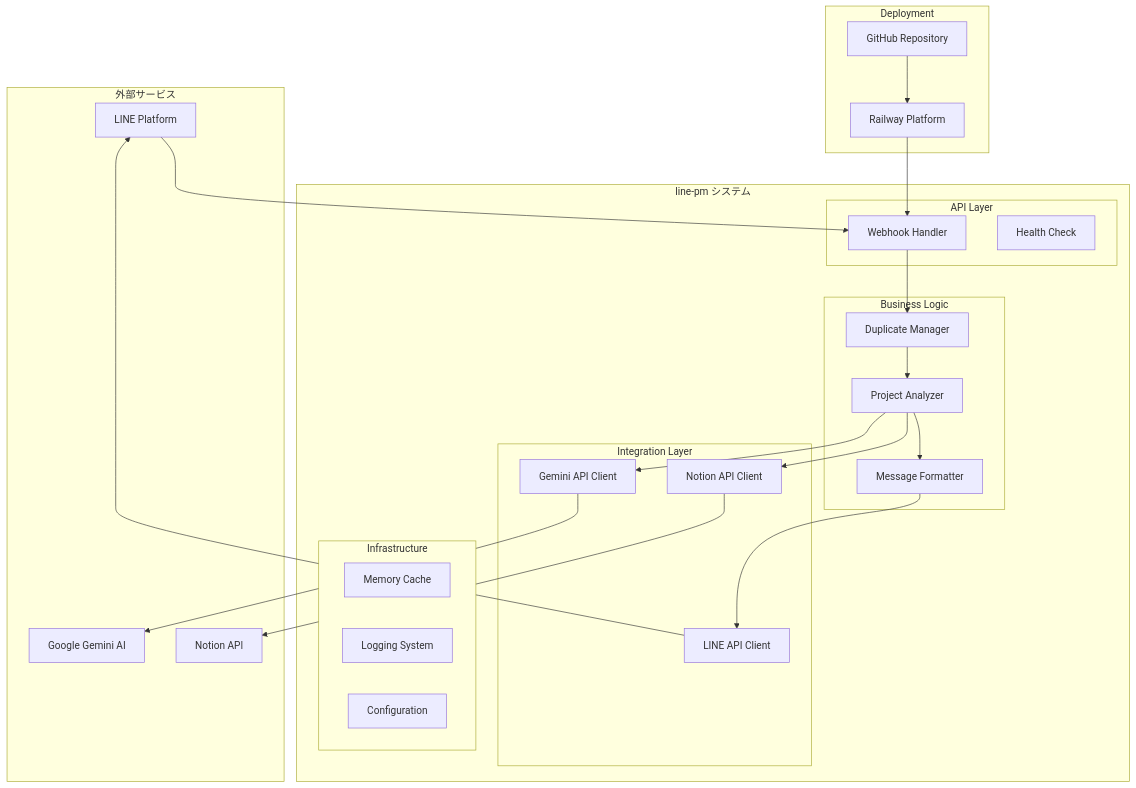
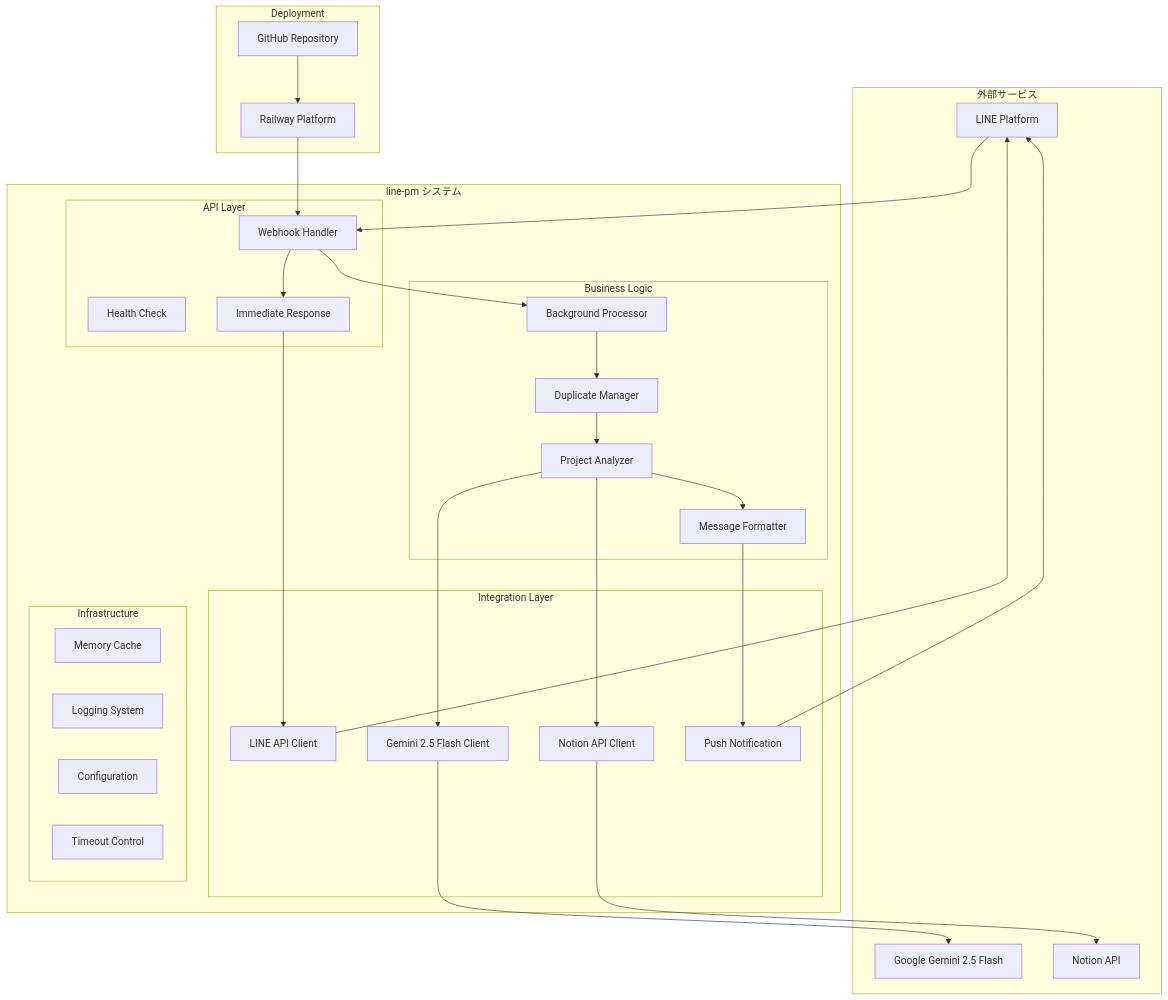
Before and after one commit to t-hamamura/line-pm: the first of 5 diagrams in docs/architecture_doc.md, drawn with Mermaid. The commit also changed other lines of this file and 5 other files, not shown here.

Commit message:
docs: update all documentation to v2.5.0 with Gemini 2.5 Flash implementation

````diff
--- a/docs/architecture_doc.md
+++ b/docs/architecture_doc.md
@@ -11,52 +11,60 @@
 ```mermaid
 graph TB
     subgraph "外部サービス"
         LINE[LINE Platform]
-        GEMINI[Google Gemini AI]
+        GEMINI[Google Gemini 2.5 Flash]
         NOTION[Notion API]
     end
     
     subgraph "line-pm システム"
         subgraph "API Layer"
             WEBHOOK[Webhook Handler]
             HEALTH[Health Check]
+            IMMEDIATE[Immediate Response]
         end
         
         subgraph "Business Logic"
             ANALYZER[Project Analyzer]
             DUPLICATOR[Duplicate Manager]
             FORMATTER[Message Formatter]
+            BACKGROUND[Background Processor]
         end
         
         subgraph "Integration Layer"
             LINEAPI[LINE API Client]
-            GEMINIAPI[Gemini API Client]
+            GEMINIAPI[Gemini 2.5 Flash Client]
             NOTIONAPI[Notion API Client]
+            PUSH[Push Notification]
         end
         
         subgraph "Infrastructure"
             CACHE[Memory Cache]
             LOGS[Logging System]
             CONFIG[Configuration]
+            TIMEOUT[Timeout Control]
         end
     end
     
     subgraph "Deployment"
         RAILWAY[Railway Platform]
         GITHUB[GitHub Repository]
     end
     
     LINE --> WEBHOOK
-    WEBHOOK --> DUPLICATOR
+    WEBHOOK --> IMMEDIATE
+    IMMEDIATE --> LINEAPI
+    LINEAPI --> LINE
+    WEBHOOK --> BACKGROUND
+    BACKGROUND --> DUPLICATOR
     DUPLICATOR --> ANALYZER
     ANALYZER --> GEMINIAPI
     GEMINIAPI --> GEMINI
     ANALYZER --> NOTIONAPI
     NOTIONAPI --> NOTION
     ANALYZER --> FORMATTER
-    FORMATTER --> LINEAPI
-    LINEAPI --> LINE
+    FORMATTER --> PUSH
+    PUSH --> LINE
     
     GITHUB --> RAILWAY
     RAILWAY --> WEBHOOK
 ```
````
